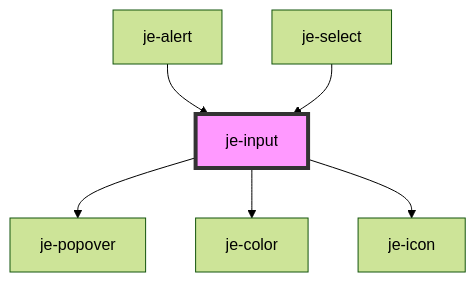
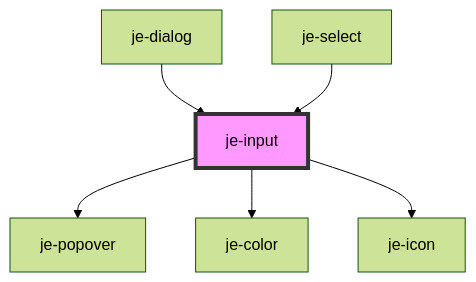
Before and after one commit to pgreen00/jebamo: the diagram in packages/docs/docs/components/je-input/readme.md, drawn with Mermaid (forest theme). The commit also changed other lines of this file and 23 other files, not shown here.

````diff
--- a/packages/docs/docs/components/je-input/readme.md
+++ b/packages/docs/docs/components/je-input/readme.md
@@ -117,9 +117,9 @@
 ```mermaid
 graph TD;
   je-input --> je-popover
   je-input --> je-color
   je-input --> je-icon
-  je-alert --> je-input
+  je-dialog --> je-input
   je-select --> je-input
   style je-input fill:#f9f,stroke:#333,stroke-width:4px
 ```
````
